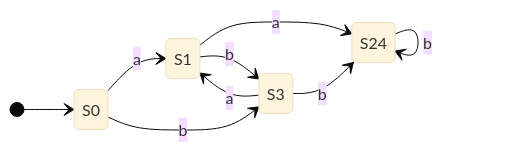
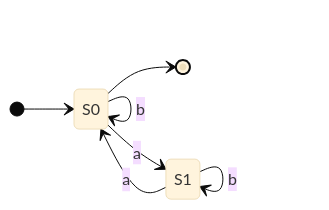
Diagram 11 of 11 in docs/efficiency/finite_state_machines.md (bradpenney/exploring_computer_science), drawn with Mermaid (base theme) before and after one commit. The commit also changed other lines of this file and 27 other files, not shown here.

````diff
--- a/docs/efficiency/finite_state_machines.md
+++ b/docs/efficiency/finite_state_machines.md
@@ -957,16 +693,10 @@
-```mermaid
-stateDiagram-v2
-    direction LR
-    classDef accepting fill:#48bb78,stroke:#cbd5e0,stroke-width:2px,color:#fff
-
-    [*] --> S0
-    S0 --> S1: a
-    S0 --> S3: b
-    S1 --> S24: a
-    S1 --> S3: b
-    S3 --> S1: a
-    S3 --> S24: b
-    S24 --> S24: a
-    S24 --> S24: b
-    S24:::accepting
-```
+        ```mermaid
+        stateDiagram-v2
+            direction LR
+            [*] --> S0
+            S0 --> S1 : a
+            S1 --> S0 : a
+            S0 --> S0 : b
+            S1 --> S1 : b
+            S0 --> [*]
+        ```
````
